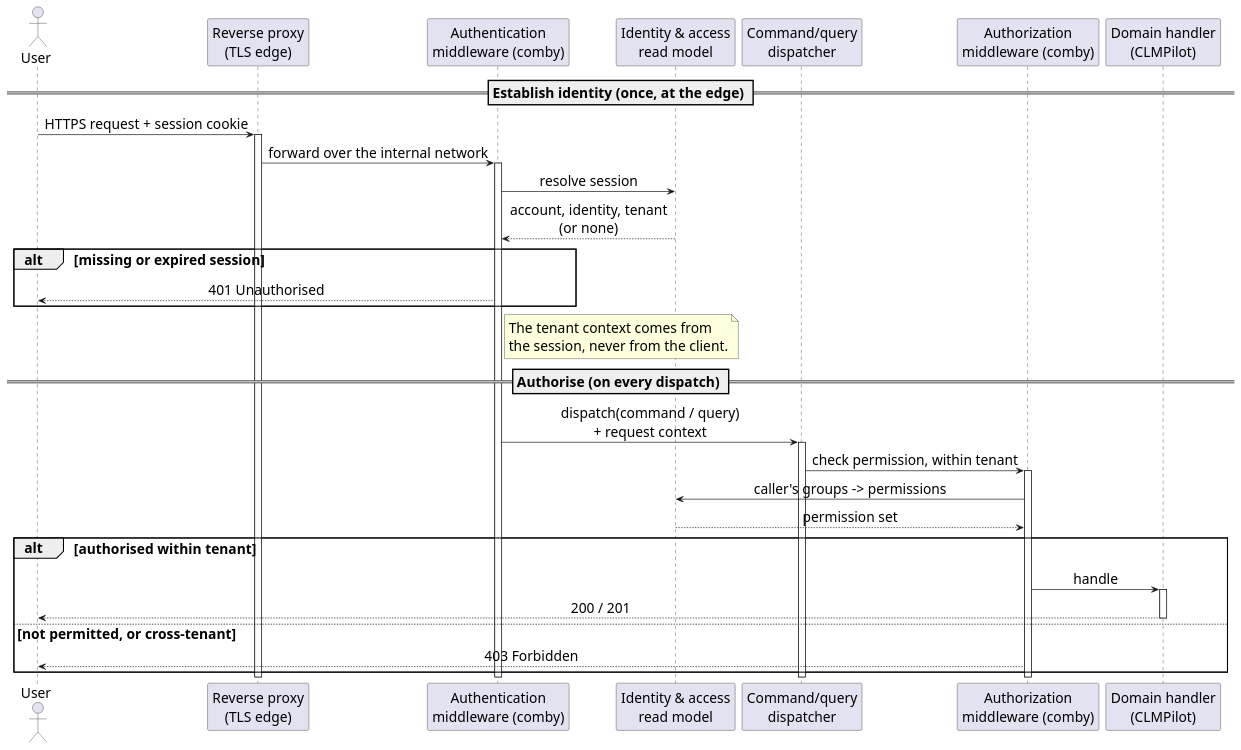
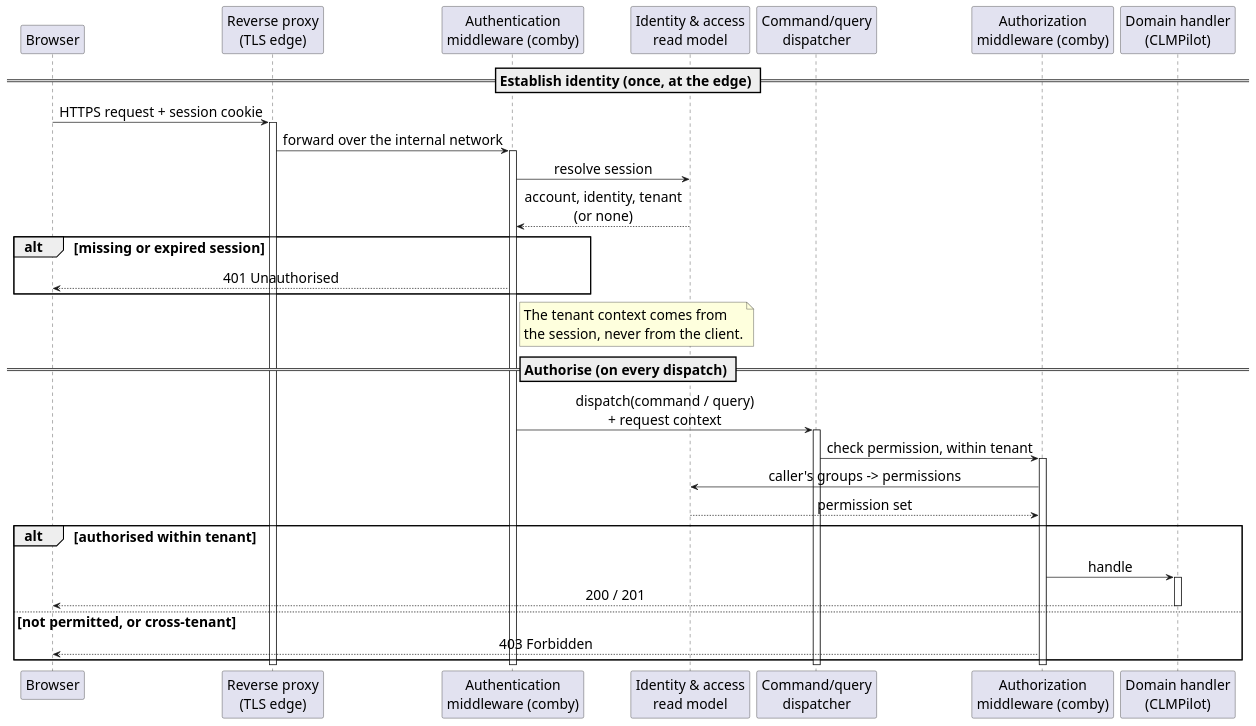
The diagram in report/Chapter3/figures/security-pipeline.puml (idris-saddi/pfe-report), drawn with PlantUML before and after one commit. The commit also changed 34 other files, not shown here.

First line of the commit message:
Update diagrams and adjust font sizes in PlantUML files

```diff
--- a/report/Chapter3/figures/security-pipeline.puml
+++ b/report/Chapter3/figures/security-pipeline.puml
@@ -1,57 +1,59 @@
 @startuml security-pipeline
 '==============================================================================
-' Figure (Chapter II, Security): the request security pipeline.
+' Figure (Chapter III, Security): the request security pipeline.
+' The caller lifeline is the Browser, not "User" (supervisor feedback): what
+' talks to the edge is the user agent carrying the session cookie.
 ' How comby secures a request -- authentication is established once at the edge
 ' from the session, then every command or query is authorised at dispatch,
 ' within the caller's tenant, before any domain code runs. Two outcomes are
 ' shown: the authorised path, and refusal at the boundary.
 ' Render:  plantuml -tpdf security-pipeline.puml   (or -tpng)
 '==============================================================================
 skinparam shadowing false
 skinparam defaultFontName Helvetica
 skinparam defaultFontSize 20
 skinparam sequenceMessageAlign center
 
-actor       "User"                               as user
+participant "Browser"                            as user
 participant "Reverse proxy\n(TLS edge)"          as edge
 participant "Authentication\nmiddleware (comby)" as authn
 participant "Identity & access\nread model"      as arm
 participant "Command/query\ndispatcher"          as disp
 participant "Authorization\nmiddleware (comby)"  as authz
 participant "Domain handler\n(CLMPilot)"         as domain
 
 == Establish identity (once, at the edge) ==
 user -> edge  : HTTPS request + session cookie
 activate edge
 edge -> authn : forward over the internal network
 activate authn
 authn -> arm  : resolve session
 arm --> authn : account, identity, tenant\n(or none)
 alt missing or expired session
   authn --> user : 401 Unauthorised
 end
 note right of authn
   The tenant context comes from
   the session, never from the client.
 end note
 
 == Authorise (on every dispatch) ==
 authn -> disp : dispatch(command / query)\n+ request context
 activate disp
 disp -> authz : check permission, within tenant
 activate authz
 authz -> arm  : caller's groups -> permissions
 arm --> authz : permission set
 alt authorised within tenant
   authz -> domain : handle
   activate domain
   domain --> user : 200 / 201
   deactivate domain
 else not permitted, or cross-tenant
   authz --> user : 403 Forbidden
 end
 deactivate authz
 deactivate disp
 deactivate authn
 deactivate edge
 @enduml
```
